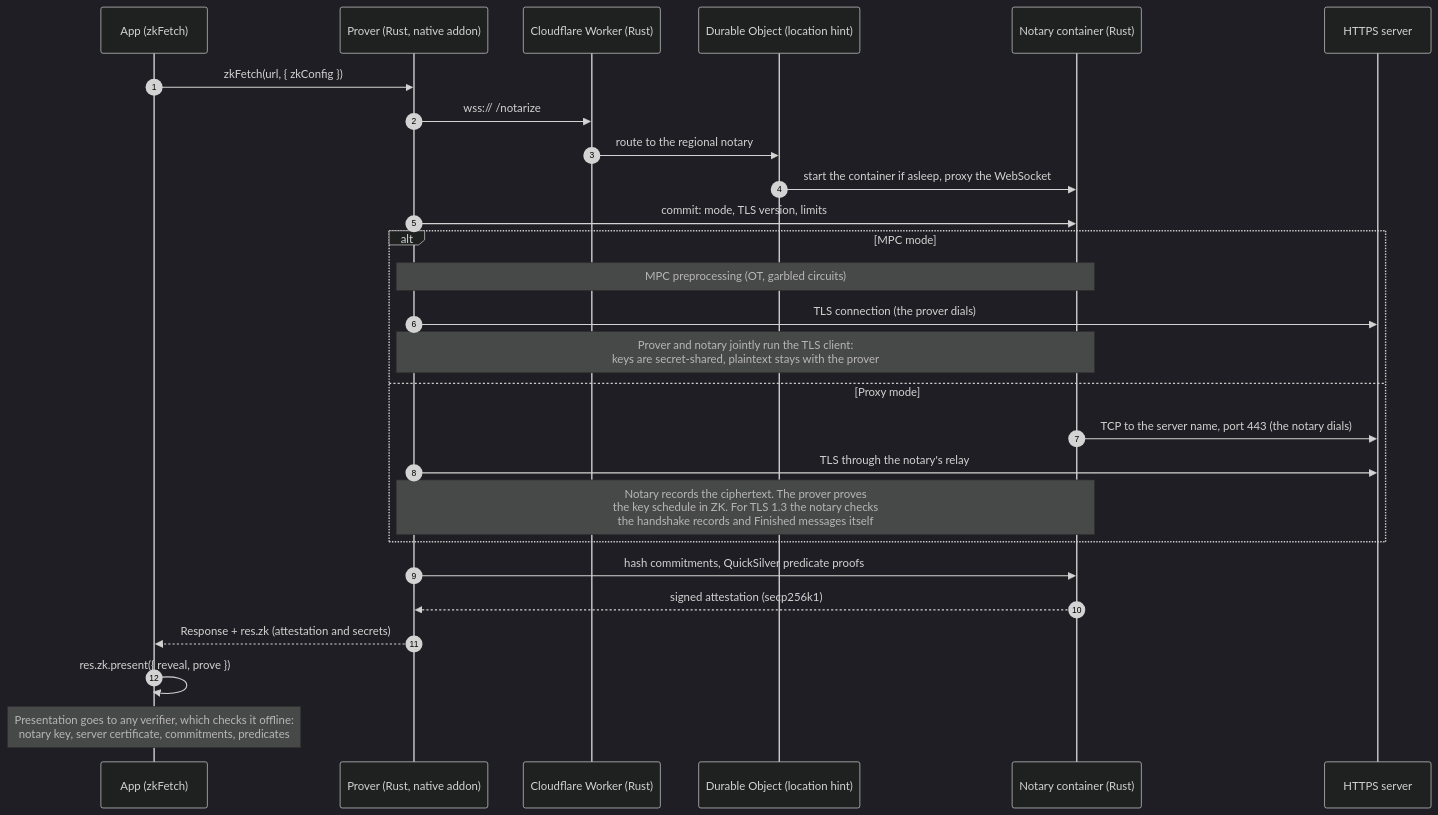
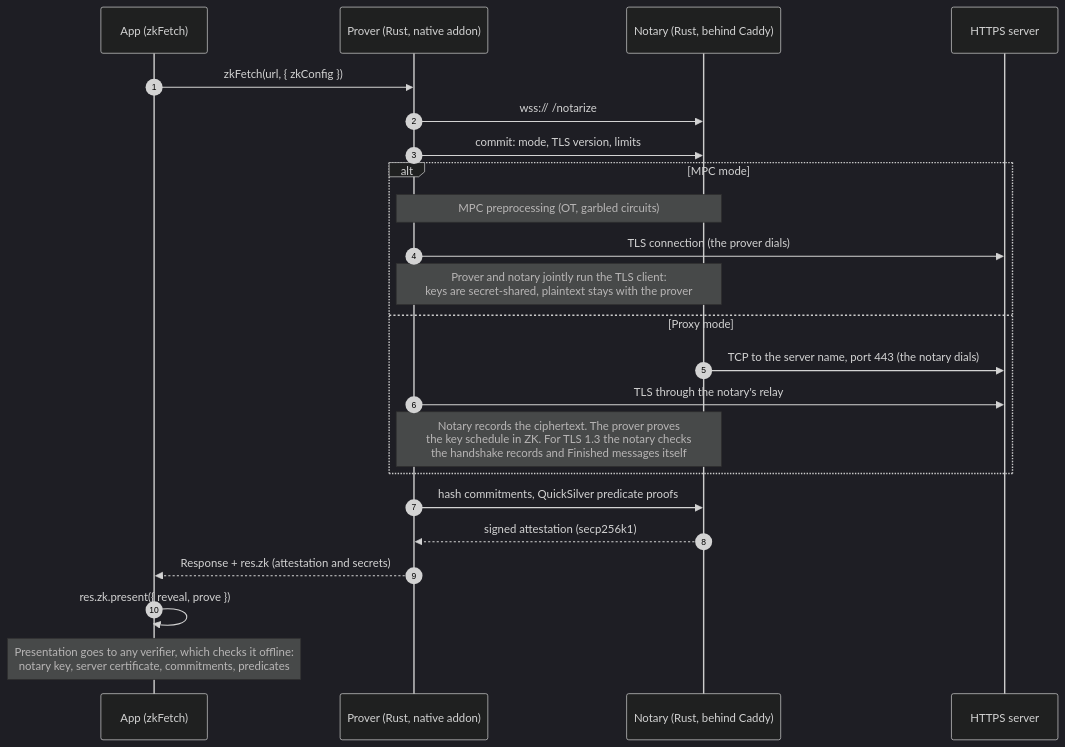
The diagram in README.md (anudit/zkfetch), drawn with Mermaid (dark theme) before and after one commit. The commit also changed other lines of this file and 36 other files, not shown here.

First line of the commit message:
Move the hosted notary to EC2 (ap-south-1); remove Cloudflare deployment

````diff
--- a/README.md
+++ b/README.md
@@ -63,32 +64,28 @@
 ```mermaid
 sequenceDiagram
     autonumber
     participant App as App (zkFetch)
     participant Prover as Prover (Rust, native addon)
-    participant Worker as Cloudflare Worker (Rust)
-    participant DO as Durable Object (location hint)
-    participant Notary as Notary container (Rust)
+    participant Notary as Notary (Rust, behind Caddy)
     participant Server as HTTPS server
 
     App->>Prover: zkFetch(url, { zkConfig })
-    Prover->>Worker: wss:// /notarize
-    Worker->>DO: route to the regional notary
-    DO->>Notary: start the container if asleep, proxy the WebSocket
+    Prover->>Notary: wss:// /notarize
     Prover->>Notary: commit: mode, TLS version, limits
 
     alt MPC mode
         Note over Prover,Notary: MPC preprocessing (OT, garbled circuits)
         Prover->>Server: TLS connection (the prover dials)
         Note over Prover,Notary: Prover and notary jointly run the TLS client:<br/>keys are secret-shared, plaintext stays with the prover
     else Proxy mode
         Notary->>Server: TCP to the server name, port 443 (the notary dials)
         Prover->>Server: TLS through the notary's relay
         Note over Prover,Notary: Notary records the ciphertext. The prover proves<br/>the key schedule in ZK. For TLS 1.3 the notary checks<br/>the handshake records and Finished messages itself
     end
 
     Prover->>Notary: hash commitments, QuickSilver predicate proofs
     Notary-->>Prover: signed attestation (secp256k1)
     Prover-->>App: Response + res.zk (attestation and secrets)
     App->>App: res.zk.present({ reveal, prove })
     Note over App: Presentation goes to any verifier, which checks it offline:<br/>notary key, server certificate, commitments, predicates
 ```
````
